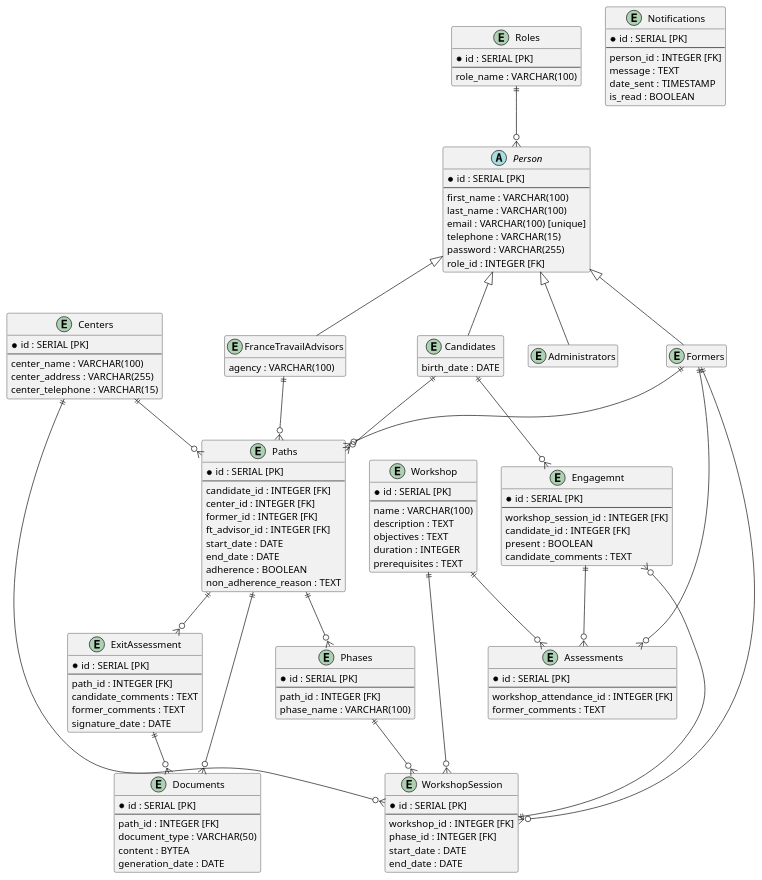
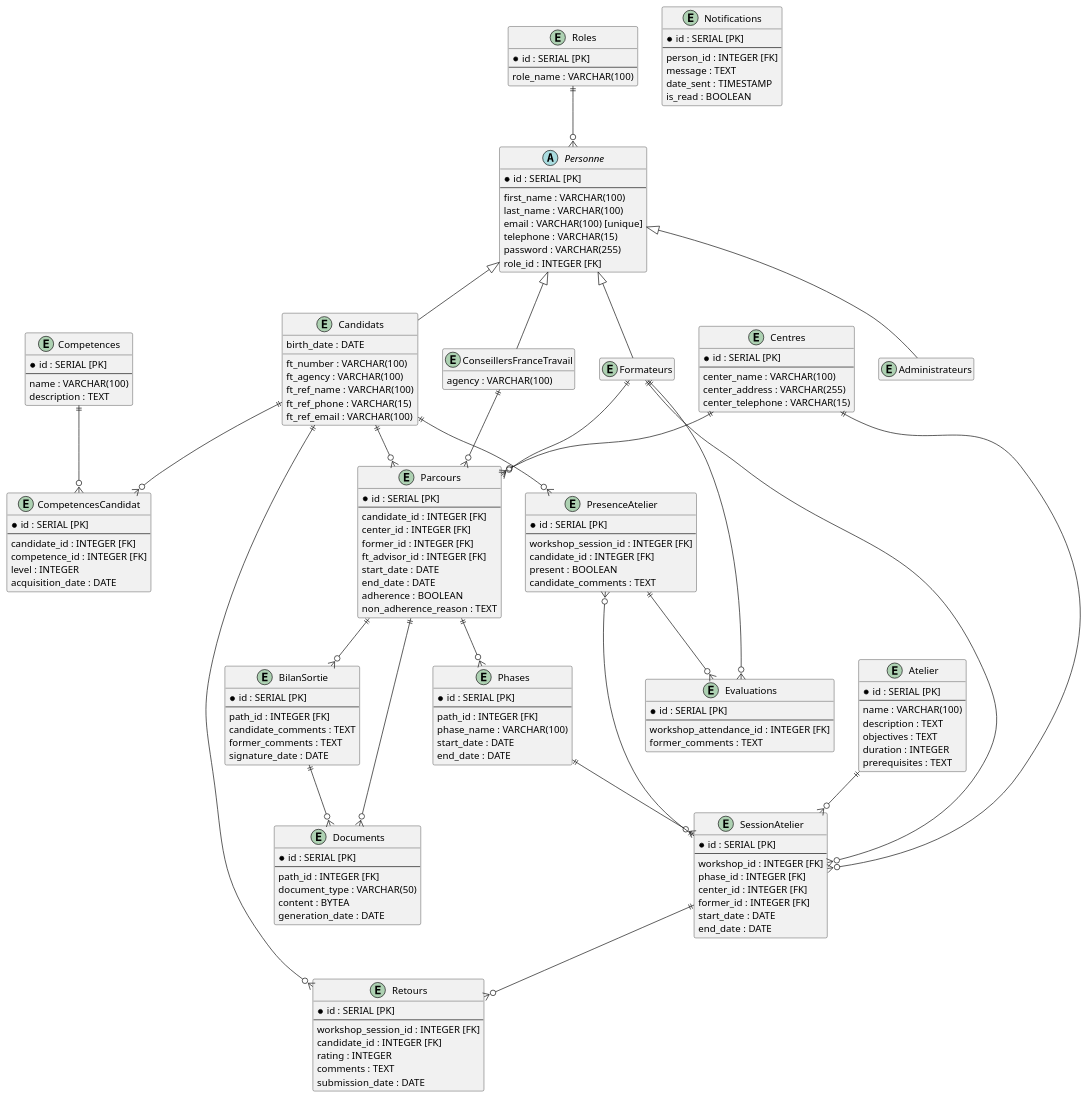
Before and after one commit to NCherfaoui/prepa-competences-site: the diagram in public/plantUMLCode.puml, drawn with PlantUML.

```diff
--- a/public/plantUMLCode.puml
+++ b/public/plantUMLCode.puml
@@ -1,146 +1,185 @@
 @startuml
 hide empty members
 
 entity Roles {
     * id : SERIAL [PK]
     ---
     role_name : VARCHAR(100)
 }
 
-entity Centers {
+entity Centres {
     * id : SERIAL [PK]
     ---
     center_name : VARCHAR(100)
     center_address : VARCHAR(255)
     center_telephone : VARCHAR(15)
 }
 
-abstract class Person {
+abstract class Personne {
     * id : SERIAL [PK]
     ---
     first_name : VARCHAR(100)
     last_name : VARCHAR(100)
     email : VARCHAR(100) [unique]
     telephone : VARCHAR(15)
     password : VARCHAR(255)
     role_id : INTEGER [FK]
 }
 
-entity Candidates {
+entity Candidats {
     birth_date : DATE
+    ft_number : VARCHAR(100)
+    ft_agency : VARCHAR(100)
+    ft_ref_name : VARCHAR(100)
+    ft_ref_phone : VARCHAR(15)
+    ft_ref_email : VARCHAR(100)
 }
 
-entity Formers {}
+entity Formateurs {}
 
-entity Administrators {}
+entity Administrateurs {}
 
-entity FranceTravailAdvisors {
+entity ConseillersFranceTravail {
     agency : VARCHAR(100)
 }
 
-entity Paths {
+entity Parcours {
     * id : SERIAL [PK]
     ---
     candidate_id : INTEGER [FK]
     center_id : INTEGER [FK]
     former_id : INTEGER [FK]
     ft_advisor_id : INTEGER [FK]
     start_date : DATE
     end_date : DATE
     adherence : BOOLEAN
     non_adherence_reason : TEXT
 }
 
 entity Phases {
     * id : SERIAL [PK]
     ---
     path_id : INTEGER [FK]
     phase_name : VARCHAR(100)
+    start_date : DATE
+    end_date : DATE
 }
 
-entity Workshop {
+entity Atelier {
     * id : SERIAL [PK]
     ---
     name : VARCHAR(100)
     description : TEXT
     objectives : TEXT
     duration : INTEGER
     prerequisites : TEXT
 }
 
-entity WorkshopSession {
+entity SessionAtelier {
     * id : SERIAL [PK]
     ---
     workshop_id : INTEGER [FK]
     phase_id : INTEGER [FK]
+    center_id : INTEGER [FK]
+    former_id : INTEGER [FK]
     start_date : DATE
     end_date : DATE
 }
 
-entity Engagemnt {
+entity PresenceAtelier {
     * id : SERIAL [PK]
     ---
     workshop_session_id : INTEGER [FK]
     candidate_id : INTEGER [FK]
     present : BOOLEAN
     candidate_comments : TEXT
 }
 
-entity Assessments {
+entity Evaluations {
     * id : SERIAL [PK]
     ---
     workshop_attendance_id : INTEGER [FK]
     former_comments : TEXT
 }
 
-entity ExitAssessment {
+entity BilanSortie {
     * id : SERIAL [PK]
     ---
     path_id : INTEGER [FK]
     candidate_comments : TEXT
     former_comments : TEXT
     signature_date : DATE
 }
 
 entity Notifications {
     * id : SERIAL [PK]
     ---
     person_id : INTEGER [FK]
     message : TEXT
     date_sent : TIMESTAMP
     is_read : BOOLEAN
 }
 
 entity Documents {
     * id : SERIAL [PK]
     ---
     path_id : INTEGER [FK]
     document_type : VARCHAR(50)
     content : BYTEA
     generation_date : DATE
 }
 
-Person <|-- Candidates
-Person <|-- Formers
-Person <|-- Administrators
-Person <|-- FranceTravailAdvisors
+entity Competences {
+    * id : SERIAL [PK]
+    ---
+    name : VARCHAR(100)
+    description : TEXT
+}
 
-Roles ||--o{ Person
-Centers ||--o{ Paths
-Centers ||--o{ WorkshopSession
-Candidates ||--o{ Paths
-Candidates ||--o{ Engagemnt
-Formers ||--o{ Paths
-Formers ||--o{ WorkshopSession
-Formers ||--o{ Assessments
-FranceTravailAdvisors ||--o{ Paths
-Paths ||--o{ Phases
-Paths ||--o{ ExitAssessment
-Paths ||--o{ Documents
-Phases ||--o{ WorkshopSession
-Workshop ||--o{ WorkshopSession
-Engagemnt }o--|| WorkshopSession
-Engagemnt ||--o{ Assessments
-Workshop ||--o{ Assessments
-ExitAssessment ||--o{ Documents
+entity CompetencesCandidat {
+    * id : SERIAL [PK]
+    ---
+    candidate_id : INTEGER [FK]
+    competence_id : INTEGER [FK]
+    level : INTEGER
+    acquisition_date : DATE
+}
+
+entity Retours {
+    * id : SERIAL [PK]
+    ---
+    workshop_session_id : INTEGER [FK]
+    candidate_id : INTEGER [FK]
+    rating : INTEGER
+    comments : TEXT
+    submission_date : DATE
+}
+
+Personne <|-- Candidats
+Personne <|-- Formateurs
+Personne <|-- Administrateurs
+Personne <|-- ConseillersFranceTravail
+
+Roles ||--o{ Personne
+Centres ||--o{ Parcours
+Centres ||--o{ SessionAtelier
+Candidats ||--o{ Parcours
+Candidats ||--o{ PresenceAtelier
+Candidats ||--o{ CompetencesCandidat
+Candidats ||--o{ Retours
+Formateurs ||--o{ Parcours
+Formateurs ||--o{ SessionAtelier
+Formateurs ||--o{ Evaluations
+ConseillersFranceTravail ||--o{ Parcours
+Parcours ||--o{ Phases
+Parcours ||--o{ BilanSortie
+Parcours ||--o{ Documents
+Phases ||--o{ SessionAtelier
+Atelier ||--o{ SessionAtelier
+PresenceAtelier }o--|| SessionAtelier
+PresenceAtelier ||--o{ Evaluations
+BilanSortie ||--o{ Documents
+Competences ||--o{ CompetencesCandidat
+SessionAtelier ||--o{ Retours
+
 @enduml
```
